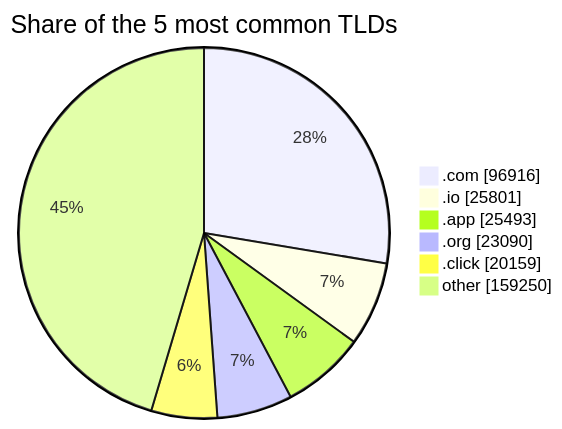
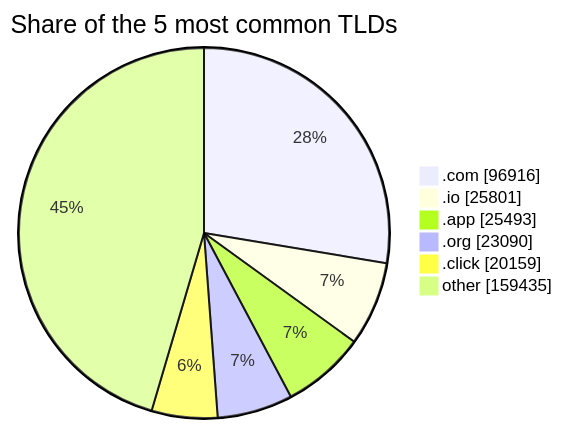
The third of 3 diagrams in README.md (DNSBunker/CTI), drawn with Mermaid before and after one commit. The commit also changed other lines of this file and 3 other files, not shown here.

````diff
--- a/README.md
+++ b/README.md
@@ -81,9 +81,9 @@
 ```mermaid
 pie showData title Share of the 5 most common TLDs
     ".com" : 96916
     ".io" : 25801
     ".app" : 25493
     ".org" : 23090
     ".click" : 20159
-    "other" : 159250
+    "other" : 159435
 ```
````
